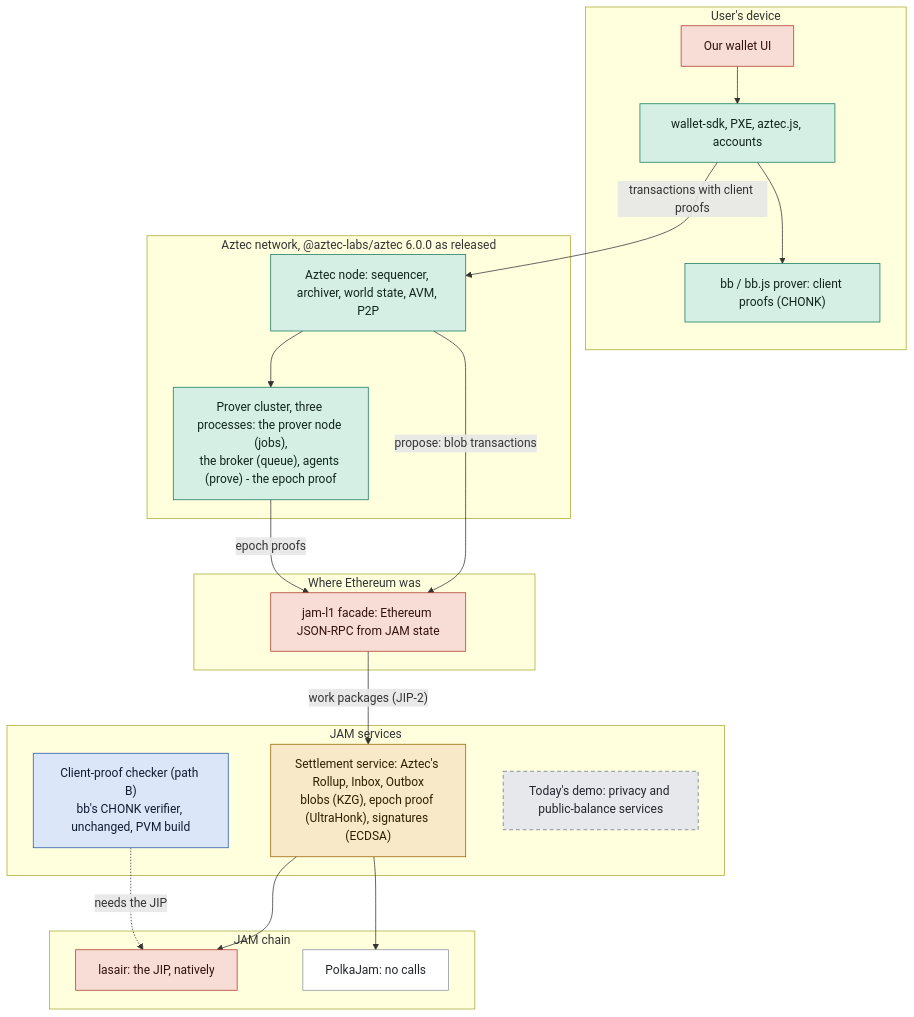
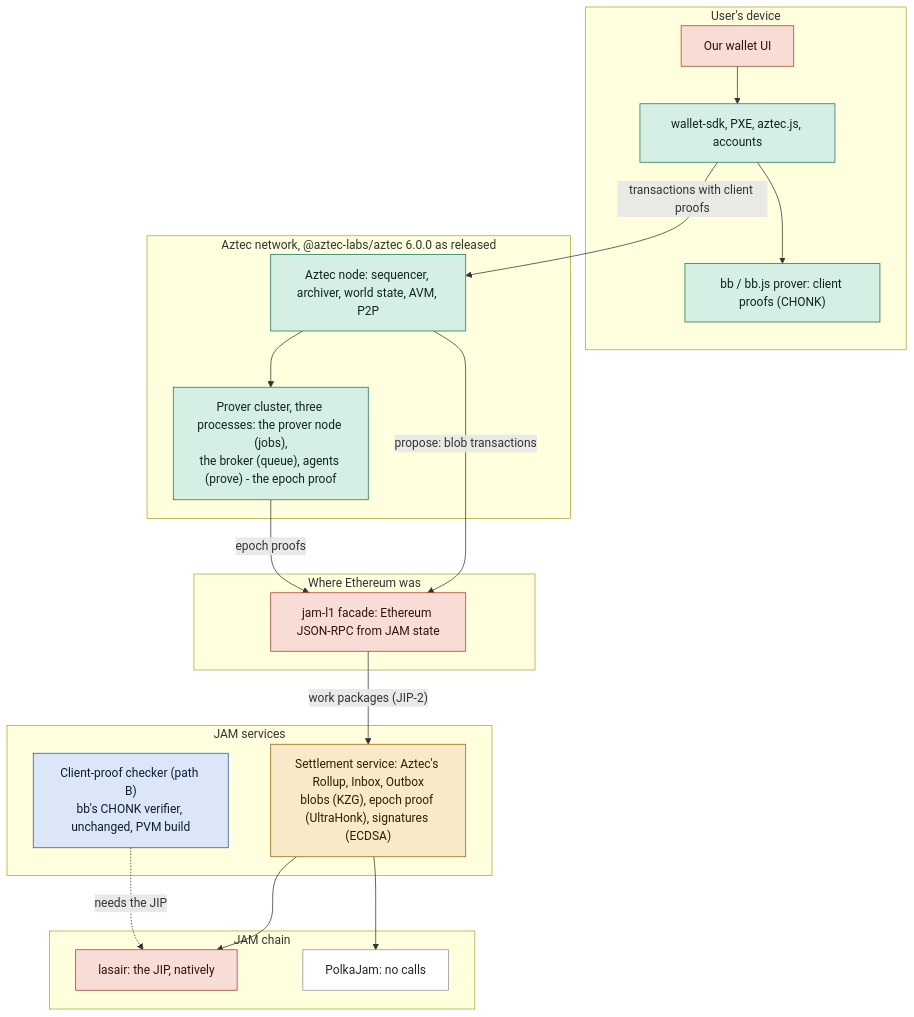
Before and after one commit to abutlabs/aztec-on-jam: the diagram in docs/aztec/STACK.md, drawn with Mermaid. The commit also changed other lines of this file and 2 other files, not shown here.

Commit message:
The retired demo leaves the map; refine checking the work is never called optional; scripts/docs-check.sh guards the pages

````diff
--- a/docs/aztec/STACK.md
+++ b/docs/aztec/STACK.md
@@ -8,46 +8,43 @@
 ```mermaid
 flowchart TB
   subgraph device["User's device"]
     wallet["Our wallet UI"]
     sdk["wallet-sdk, PXE, aztec.js, accounts"]
     prover["bb / bb.js prover: client proofs (CHONK)"]
   end
   subgraph aztec["Aztec network, @aztec-labs/aztec 6.0.0 as released"]
     node["Aztec node: sequencer, archiver, world state, AVM, P2P"]
     pnode["Prover cluster, three processes: the prover node (jobs),<br/>the broker (queue), agents (prove) - the epoch proof"]
   end
   subgraph seam["Where Ethereum was"]
     facade["jam-l1 facade: Ethereum JSON-RPC from JAM state"]
   end
   subgraph services["JAM services"]
     settle["Settlement service: Aztec's Rollup, Inbox, Outbox<br/>blobs (KZG), epoch proof (UltraHonk), signatures (ECDSA)"]
     chonk["Client-proof checker (path B)<br/>bb's CHONK verifier, unchanged, PVM build"]
-    demo["Today's demo: privacy and public-balance services"]
   end
   subgraph chain["JAM chain"]
     lasair["lasair: the JIP, natively"]
     pj["PolkaJam: no calls"]
   end
   wallet --> sdk --> prover
   sdk -- "transactions with client proofs" --> node
   node --> pnode
   node -- "propose: blob transactions" --> facade
   pnode -- "epoch proofs" --> facade
   facade -- "work packages (JIP-2)" --> settle
   settle --> lasair
   settle --> pj
   chonk -. "needs the JIP" .-> lasair
 
   classDef aztec fill:#d5efe5,stroke:#127a5c,color:#10251d
   classDef build fill:#dbe6f8,stroke:#2357a8,color:#0f1d33
   classDef port fill:#f8e9c9,stroke:#9a6200,color:#2e1f00
   classDef ours fill:#f8dcd6,stroke:#b23a2a,color:#33120d
-  classDef demo fill:#e6e8eb,stroke:#6b7380,color:#22262c,stroke-dasharray:5 4
   classDef other fill:#ffffff,stroke:#8a929c,color:#22262c
   class sdk,prover,node,pnode aztec
   class chonk build
   class settle port
   class facade,lasair,wallet ours
-  class demo demo
   class pj other
 ```
````
